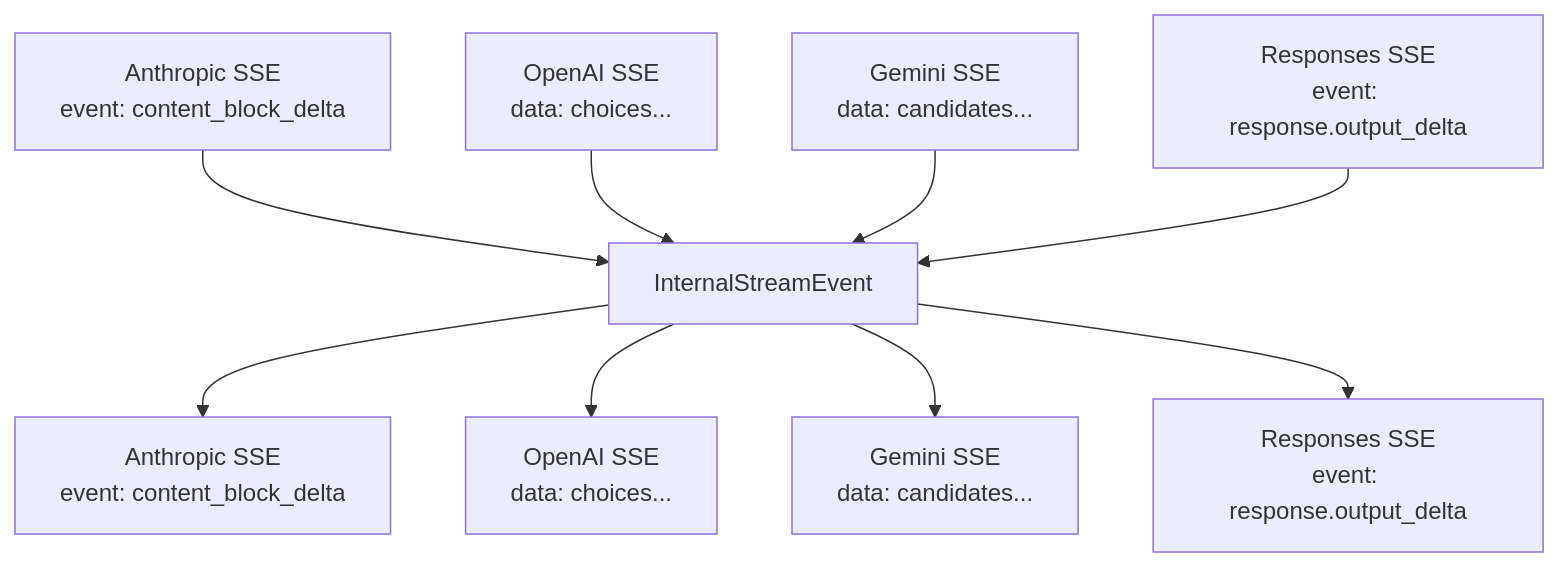
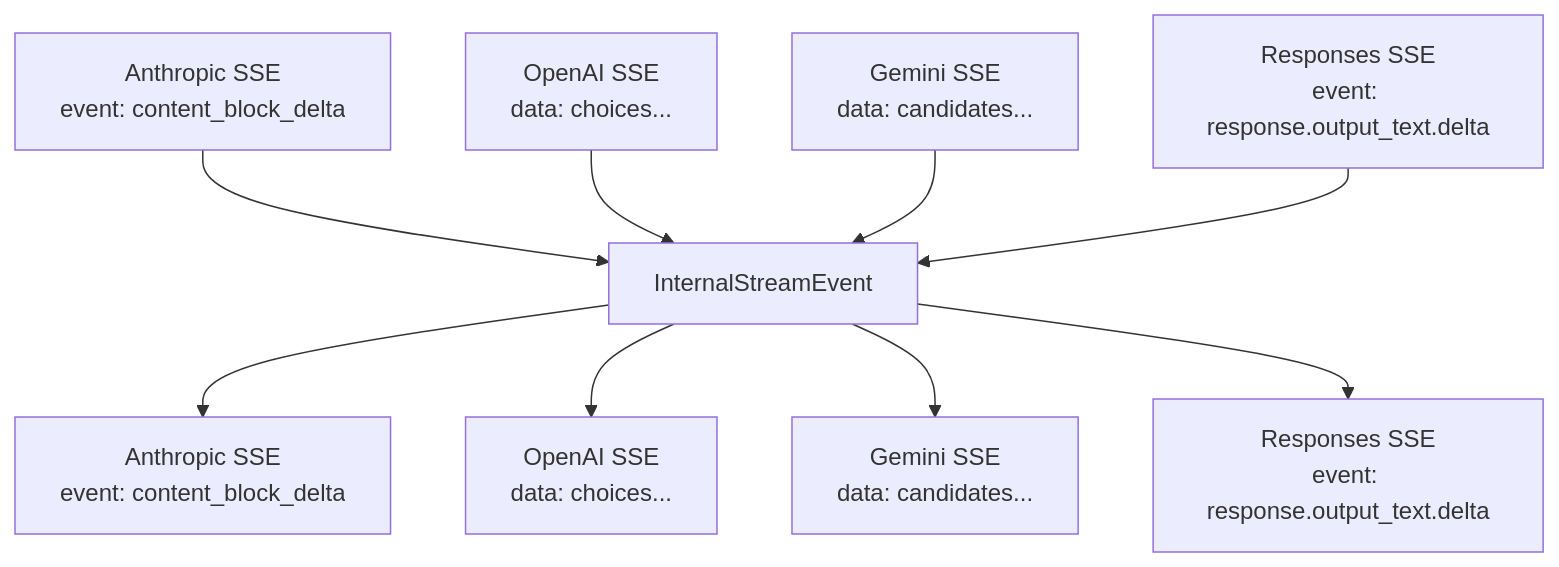
Diagram 11 of 16 in docs/DESIGN.md (yejinlei/agent-proxy), drawn with Mermaid before and after one commit. The commit also changed other lines of this file and 11 other files, not shown here.

First line of the commit message:
v0.2.79: fix Codex Responses SSE — rewrite TranslateStream with minimal event sequence

````diff
--- a/docs/DESIGN.md
+++ b/docs/DESIGN.md
@@ -342,11 +358,11 @@
 ```mermaid
 flowchart TD
     A1["Anthropic SSE<br/>event: content_block_delta"] --> IE[InternalStreamEvent]
     A2["OpenAI SSE<br/>data: choices..."] --> IE
     A3["Gemini SSE<br/>data: candidates..."] --> IE
-    A4["Responses SSE<br/>event: response.output_delta"] --> IE
+    A4["Responses SSE<br/>event: response.output_text.delta"] --> IE
     IE --> B1["Anthropic SSE<br/>event: content_block_delta"]
     IE --> B2["OpenAI SSE<br/>data: choices..."]
     IE --> B3["Gemini SSE<br/>data: candidates..."]
-    IE --> B4["Responses SSE<br/>event: response.output_delta"]
+    IE --> B4["Responses SSE<br/>event: response.output_text.delta"]
 ```
````
